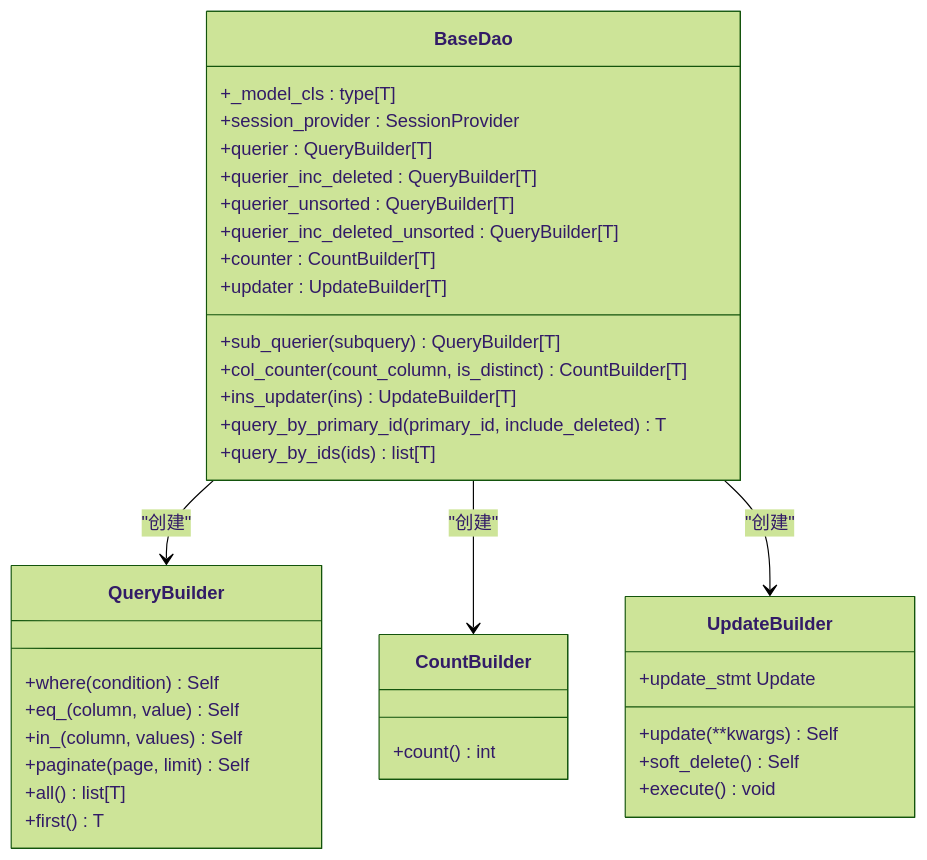
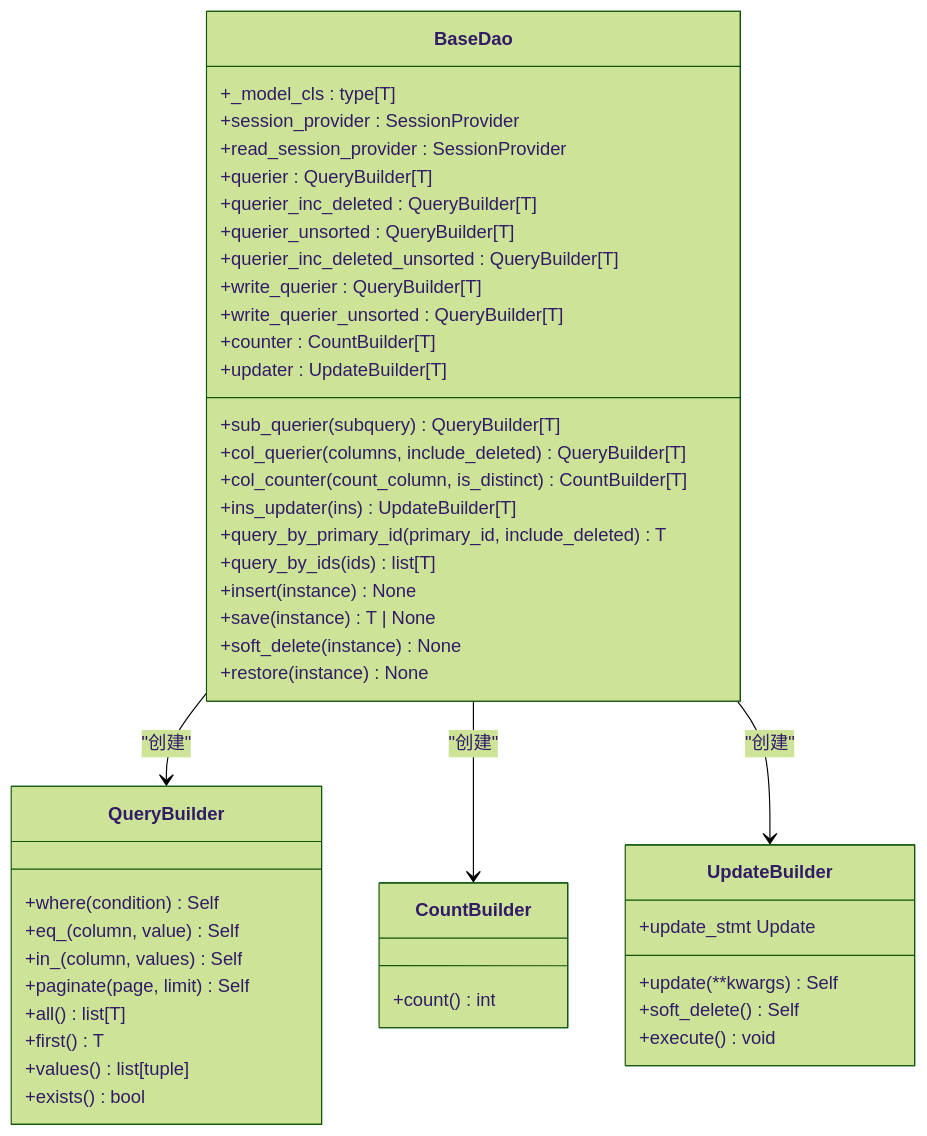
Before and after one commit to lilinzezzzzzz/fastapi-backend: the second of 8 diagrams in .qoder/repowiki/zh/content/数据访问层/通用DAO基类.md, drawn with Mermaid (forest theme). The commit also changed other lines of this file and 42 other files, not shown here.

````diff
--- a/.qoder/repowiki/zh/content/数据访问层/通用DAO基类.md
+++ b/.qoder/repowiki/zh/content/数据访问层/通用DAO基类.md
@@ -90,38 +109,48 @@
 ```mermaid
 classDiagram
 class BaseDao {
 +_model_cls : type[T]
 +session_provider : SessionProvider
++read_session_provider : SessionProvider
 +querier : QueryBuilder[T]
 +querier_inc_deleted : QueryBuilder[T]
 +querier_unsorted : QueryBuilder[T]
 +querier_inc_deleted_unsorted : QueryBuilder[T]
++write_querier : QueryBuilder[T]
++write_querier_unsorted : QueryBuilder[T]
 +counter : CountBuilder[T]
 +updater : UpdateBuilder[T]
 +sub_querier(subquery) QueryBuilder[T]
++col_querier(columns, include_deleted) QueryBuilder[T]
 +col_counter(count_column, is_distinct) CountBuilder[T]
 +ins_updater(ins) UpdateBuilder[T]
 +query_by_primary_id(primary_id, include_deleted) T
 +query_by_ids(ids) list[T]
++insert(instance) None
++save(instance) T | None
++soft_delete(instance) None
++restore(instance) None
 }
 class QueryBuilder {
 +where(condition) Self
 +eq_(column, value) Self
 +in_(column, values) Self
 +paginate(page, limit) Self
 +all() list[T]
 +first() T
++values() list[tuple]
++exists() bool
 }
 class CountBuilder {
 +count() int
 }
 class UpdateBuilder {
 +update(**kwargs) Self
 +soft_delete() Self
 +execute() void
 +update_stmt Update
 }
 BaseDao --> QueryBuilder : "创建"
 BaseDao --> CountBuilder : "创建"
 BaseDao --> UpdateBuilder : "创建"
 ```
````
